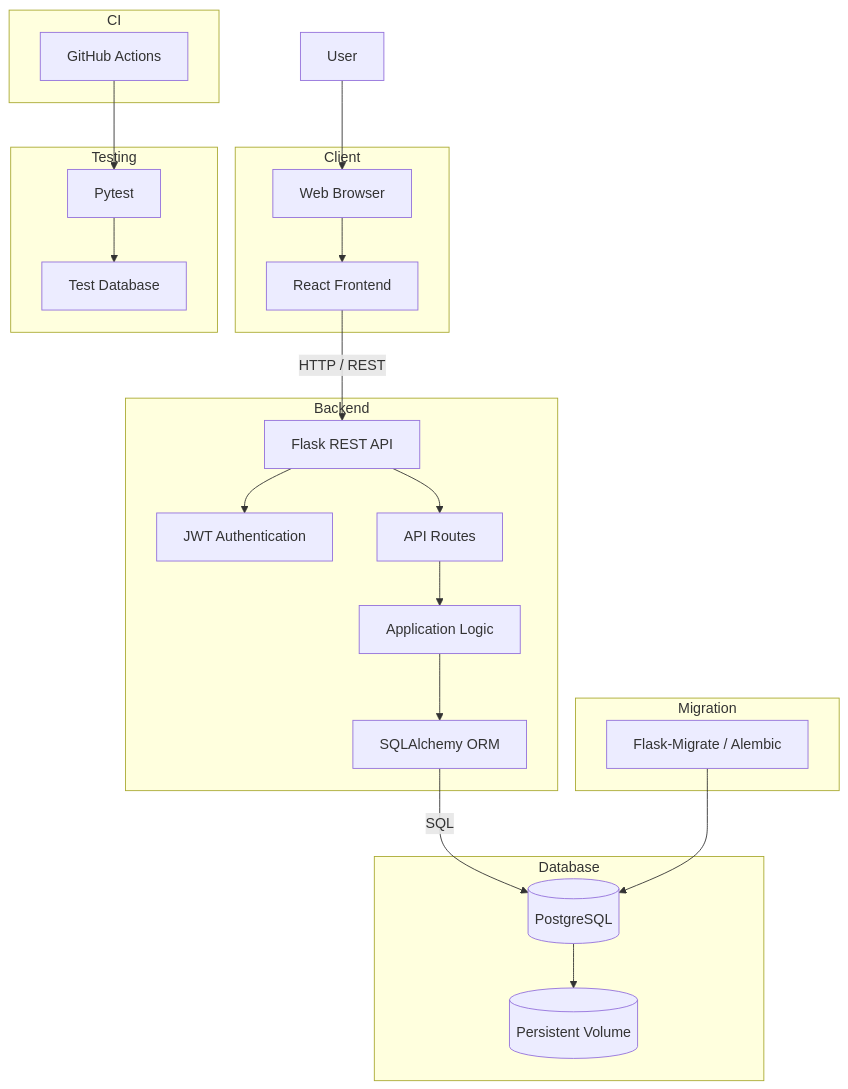
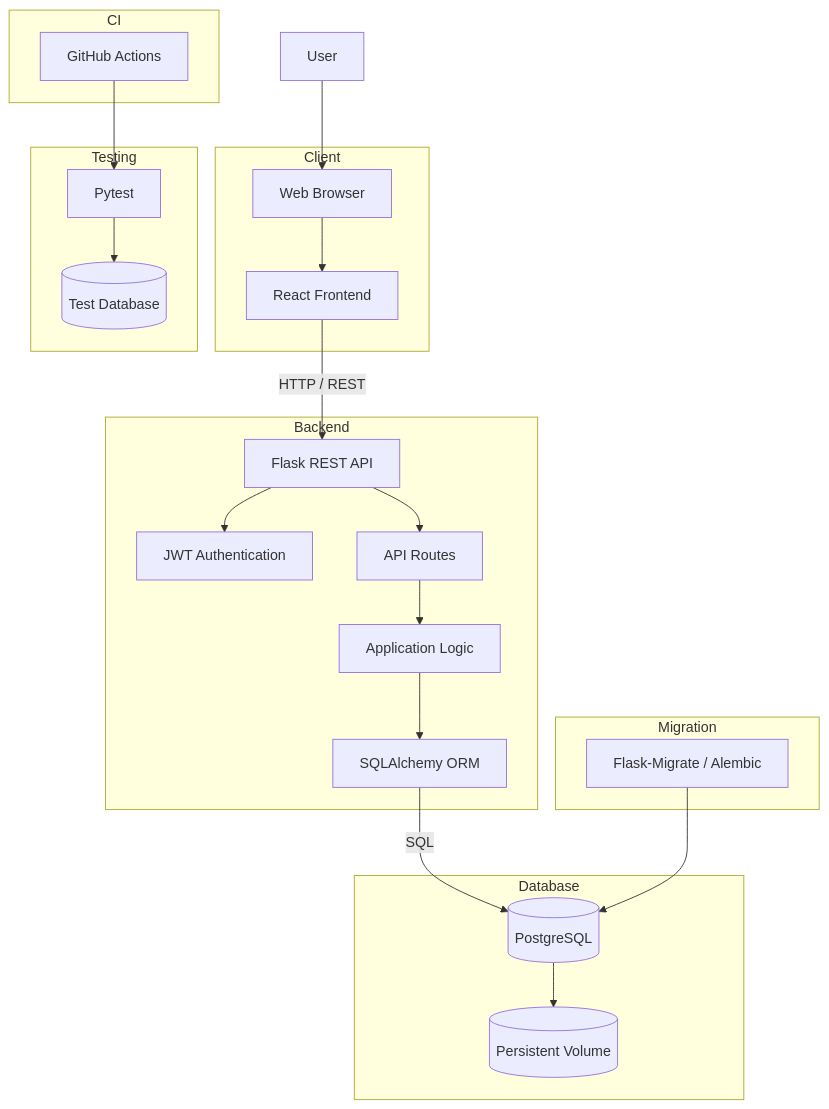
One commit to kamlesh-codedev/paste-bin changed diagram 19 of 21 in docks/ARCHITECTURE.md. Above: the diagram before and after it, drawn with Mermaid. The commit also changed other lines of this file, not shown here.

Commit message:
Resolved ARCHITECTURE render issue

````diff
--- a/docks/ARCHITECTURE.md
+++ b/docks/ARCHITECTURE.md
@@ -792,59 +791,59 @@
 ```mermaid
 flowchart TD
 
-    USER[User]
+    USER["User"]
 
     subgraph Client
-        BROWSER[Web Browser]
-        REACT[React Frontend]
+        BROWSER["Web Browser"]
+        REACT["React Frontend"]
     end
 
     subgraph Backend
-        API[Flask REST API]
-        AUTH[JWT Authentication]
-        ROUTES[API Routes]
-        LOGIC[Application Logic]
-        ORM[SQLAlchemy ORM]
+        API["Flask REST API"]
+        AUTH["JWT Authentication"]
+        ROUTES["API Routes"]
+        LOGIC["Application Logic"]
+        ORM["SQLAlchemy ORM"]
     end
 
     subgraph Database
-        PG[(PostgreSQL)]
-        VOL[(Persistent Volume)]
+        PG[("PostgreSQL")]
+        VOL[("Persistent Volume")]
     end
 
     subgraph Migration
-        MIGRATE[Flask-Migrate / Alembic]
+        MIGRATE["Flask-Migrate / Alembic"]
     end
 
     subgraph Testing
-        PYTEST[Pytest]
-        TESTDB[Test Database]
+        PYTEST["Pytest"]
+        TESTDB[("Test Database")]
     end
 
     subgraph CI
-        ACTIONS[GitHub Actions]
+        ACTIONS["GitHub Actions"]
     end
 
     USER --> BROWSER
 
     BROWSER --> REACT
 
     REACT -->|HTTP / REST| API
 
     API --> AUTH
     API --> ROUTES
 
     ROUTES --> LOGIC
 
     LOGIC --> ORM
 
     ORM -->|SQL| PG
 
     PG --> VOL
 
     MIGRATE --> PG
 
     PYTEST --> TESTDB
 
     ACTIONS --> PYTEST
 ```
````
